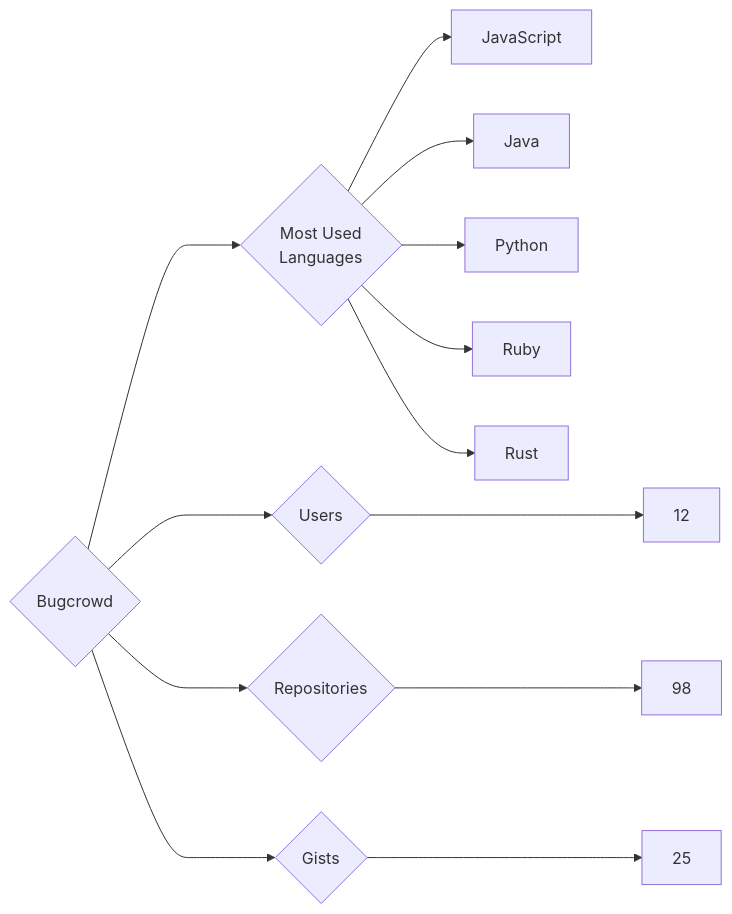
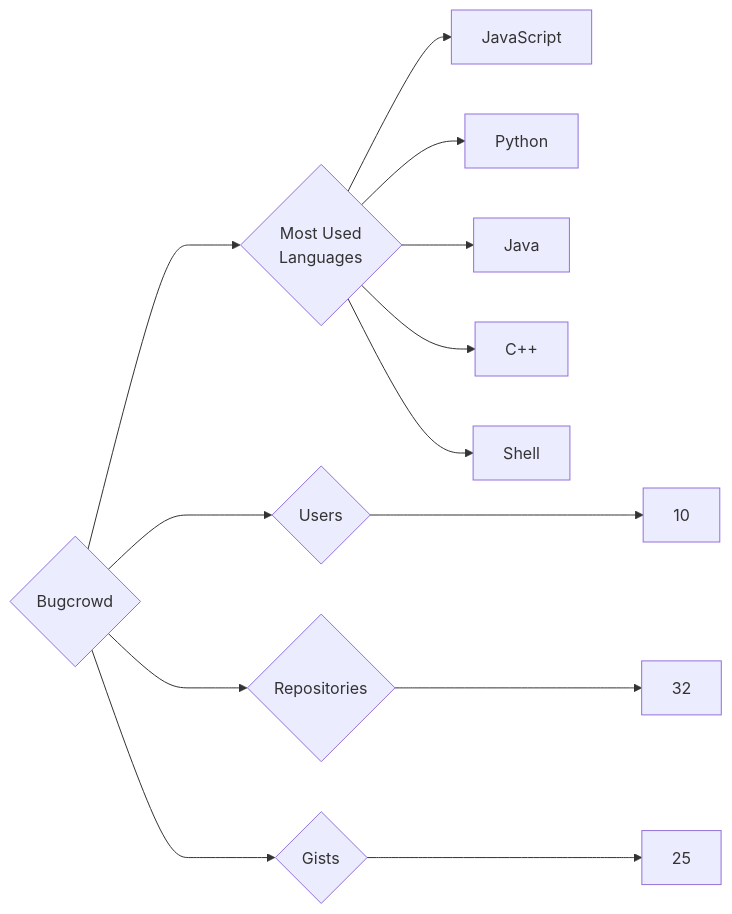
Before and after one commit to trickest/insiders: the diagram in targets/Bugcrowd/README.md, drawn with Mermaid. The commit also changed 840 other files, not shown here.

````diff
--- a/targets/Bugcrowd/README.md
+++ b/targets/Bugcrowd/README.md
@@ -3,13 +3,13 @@
 ```mermaid
 graph LR
 COMPANY_NAME{Bugcrowd}
-COMPANY_NAME ---> U{Users} ---> UN[12]
-COMPANY_NAME ---> R{Repositories} ---> RN[98]
+COMPANY_NAME ---> U{Users} ---> UN[10]
+COMPANY_NAME ---> R{Repositories} ---> RN[32]
 COMPANY_NAME ---> G{Gists} ---> GN[25]
 COMPANY_NAME ---> ML{Most Used<br>Languages}
 ML --> JavaScript[JavaScript]
+ML --> Python[Python]
 ML --> Java[Java]
-ML --> Python[Python]
-ML --> Ruby[Ruby]
-ML --> Rust[Rust]
+ML --> C++[C++]
+ML --> Shell[Shell]
 ```
````
